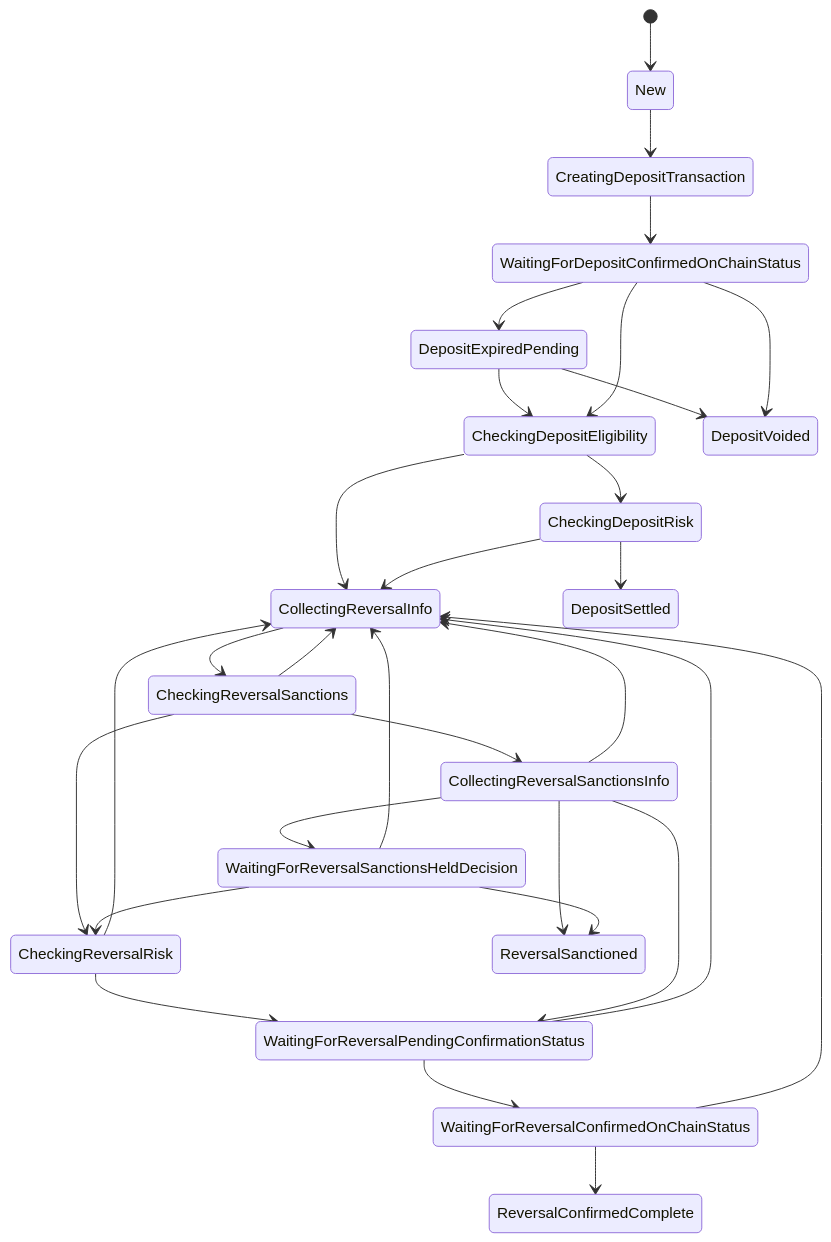
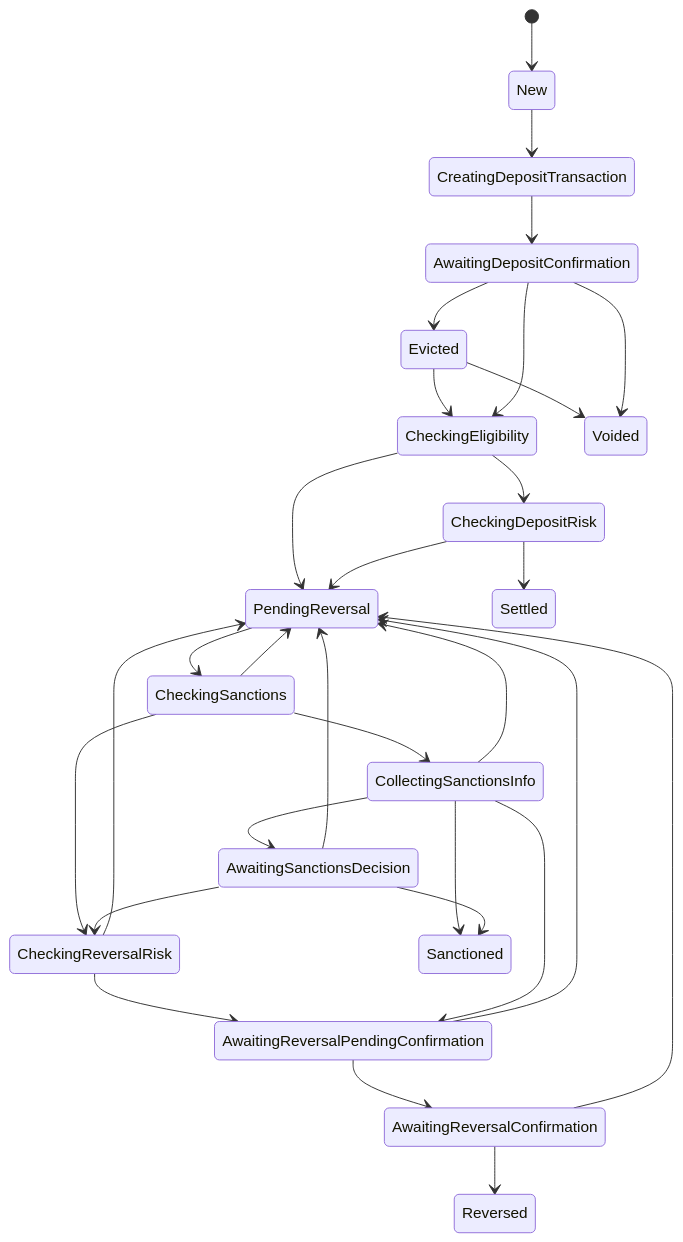
Before and after one commit to block/bitty-city: the diagram in innie/docs/state-machine.md, drawn with Mermaid. The commit also changed 19 other files, not shown here.

````diff
--- a/innie/docs/state-machine.md
+++ b/innie/docs/state-machine.md
@@ -1,32 +1,32 @@
 ```mermaid
 stateDiagram-v2
 [*] --> New
-CheckingDepositEligibility --> CheckingDepositRisk
-CheckingDepositEligibility --> CollectingReversalInfo
-CheckingDepositRisk --> CollectingReversalInfo
-CheckingDepositRisk --> DepositSettled
-CheckingReversalRisk --> CollectingReversalInfo
-CheckingReversalRisk --> WaitingForReversalPendingConfirmationStatus
-CheckingReversalSanctions --> CheckingReversalRisk
-CheckingReversalSanctions --> CollectingReversalInfo
-CheckingReversalSanctions --> CollectingReversalSanctionsInfo
-CollectingReversalInfo --> CheckingReversalSanctions
-CollectingReversalSanctionsInfo --> CollectingReversalInfo
-CollectingReversalSanctionsInfo --> ReversalSanctioned
-CollectingReversalSanctionsInfo --> WaitingForReversalPendingConfirmationStatus
-CollectingReversalSanctionsInfo --> WaitingForReversalSanctionsHeldDecision
-CreatingDepositTransaction --> WaitingForDepositConfirmedOnChainStatus
-DepositExpiredPending --> CheckingDepositEligibility
-DepositExpiredPending --> DepositVoided
+CheckingEligibility --> CheckingDepositRisk
+CheckingEligibility --> PendingReversal
+CheckingDepositRisk --> PendingReversal
+CheckingDepositRisk --> Settled
+CheckingReversalRisk --> PendingReversal
+CheckingReversalRisk --> AwaitingReversalPendingConfirmation
+CheckingSanctions --> CheckingReversalRisk
+CheckingSanctions --> PendingReversal
+CheckingSanctions --> CollectingSanctionsInfo
+PendingReversal --> CheckingSanctions
+CollectingSanctionsInfo --> PendingReversal
+CollectingSanctionsInfo --> Sanctioned
+CollectingSanctionsInfo --> AwaitingReversalPendingConfirmation
+CollectingSanctionsInfo --> AwaitingSanctionsDecision
+CreatingDepositTransaction --> AwaitingDepositConfirmation
+Evicted --> CheckingEligibility
+Evicted --> Voided
 New --> CreatingDepositTransaction
-WaitingForDepositConfirmedOnChainStatus --> CheckingDepositEligibility
-WaitingForDepositConfirmedOnChainStatus --> DepositExpiredPending
-WaitingForDepositConfirmedOnChainStatus --> DepositVoided
-WaitingForReversalConfirmedOnChainStatus --> CollectingReversalInfo
-WaitingForReversalConfirmedOnChainStatus --> ReversalConfirmedComplete
-WaitingForReversalPendingConfirmationStatus --> CollectingReversalInfo
-WaitingForReversalPendingConfirmationStatus --> WaitingForReversalConfirmedOnChainStatus
-WaitingForReversalSanctionsHeldDecision --> CheckingReversalRisk
-WaitingForReversalSanctionsHeldDecision --> CollectingReversalInfo
-WaitingForReversalSanctionsHeldDecision --> ReversalSanctioned
+AwaitingDepositConfirmation --> CheckingEligibility
+AwaitingDepositConfirmation --> Evicted
+AwaitingDepositConfirmation --> Voided
+AwaitingReversalConfirmation --> PendingReversal
+AwaitingReversalConfirmation --> Reversed
+AwaitingReversalPendingConfirmation --> PendingReversal
+AwaitingReversalPendingConfirmation --> AwaitingReversalConfirmation
+AwaitingSanctionsDecision --> CheckingReversalRisk
+AwaitingSanctionsDecision --> PendingReversal
+AwaitingSanctionsDecision --> Sanctioned
 ```
````
